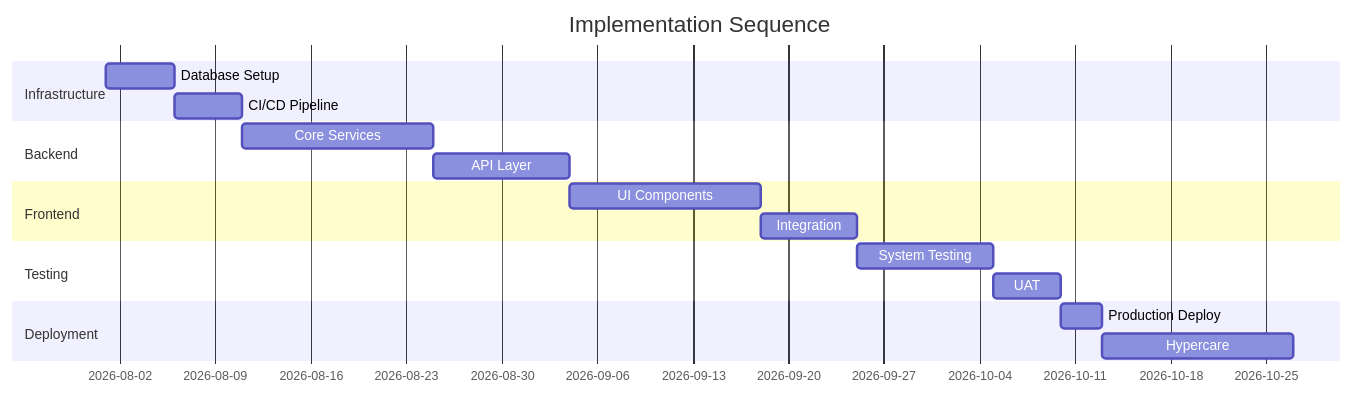
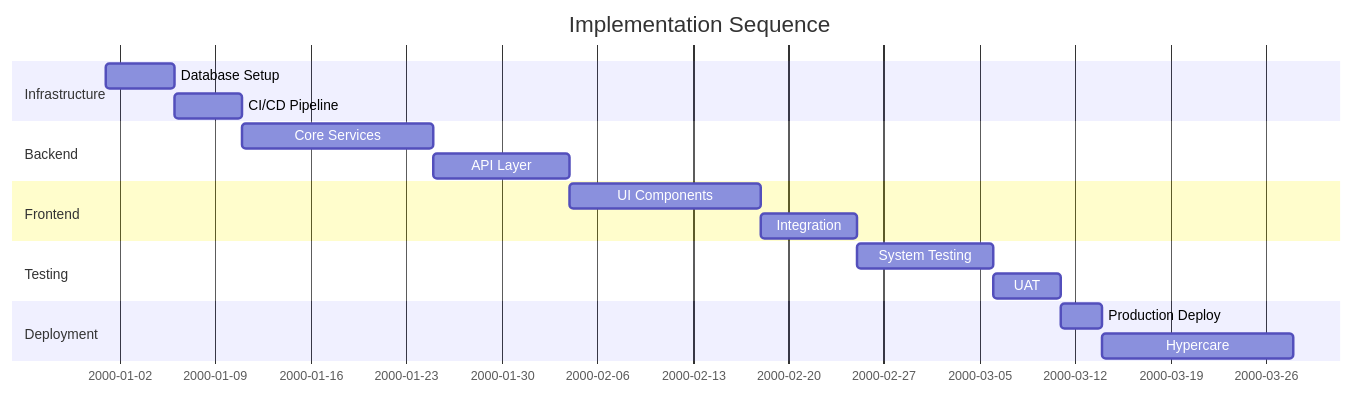
The diagram in document-template/20_SE_Cross_Cutting/Implementation-Plan.md (oat431/swe-knowledge), drawn with Mermaid before and after one commit. The commit also changed 56 other files, not shown here.

````diff
--- a/document-template/20_SE_Cross_Cutting/Implementation-Plan.md
+++ b/document-template/20_SE_Cross_Cutting/Implementation-Plan.md
@@ -39,20 +39,21 @@
 ```mermaid
 gantt
     title Implementation Sequence
     dateFormat YYYY-MM-DD
+    %% Placeholder schedule: base 2000-01-01 = project start; recompute real dates when instantiating
     section Infrastructure
-    Database Setup         :a1, 2026-08-01, 5d
+    Database Setup         :a1, 2000-01-01, 5d
     CI/CD Pipeline         :a2, after a1, 5d
     section Backend
     Core Services          :b1, after a2, 14d
     API Layer              :b2, after b1, 10d
     section Frontend
     UI Components          :c1, after b2, 14d
     Integration            :c2, after c1, 7d
     section Testing
     System Testing         :d1, after c2, 10d
     UAT                    :d2, after d1, 5d
     section Deployment
     Production Deploy      :e1, after d2, 3d
     Hypercare              :e2, after e1, 14d
 ```
````
